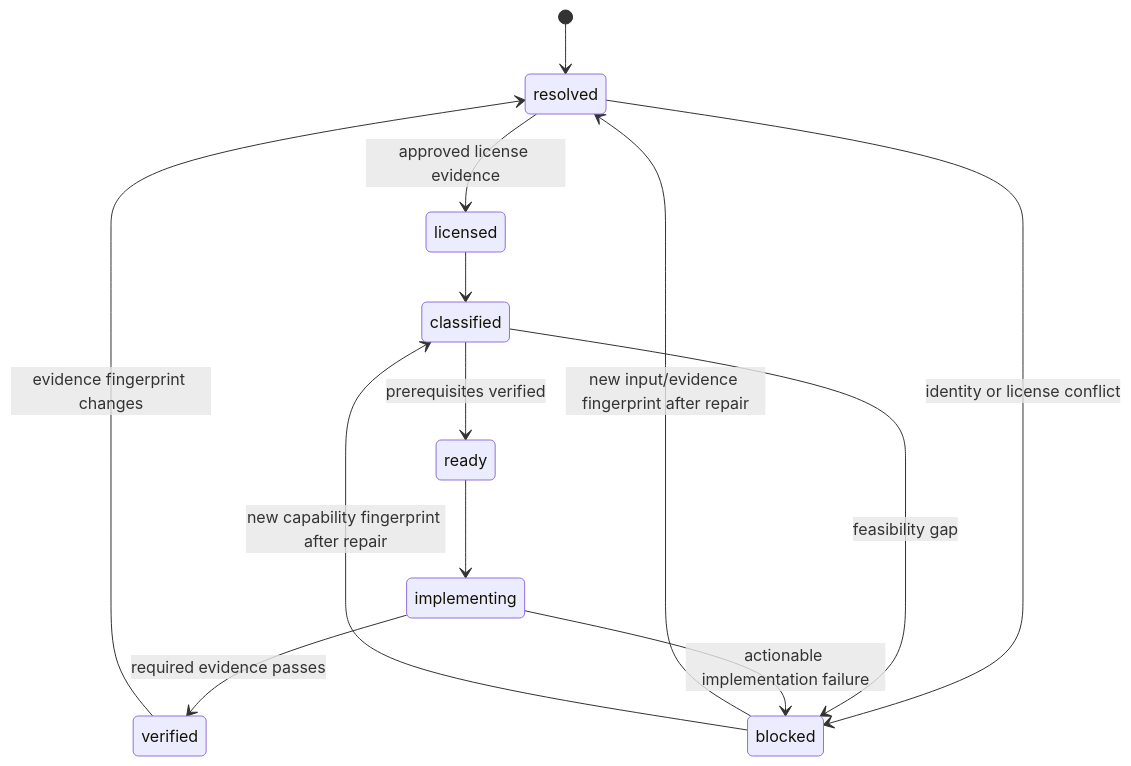
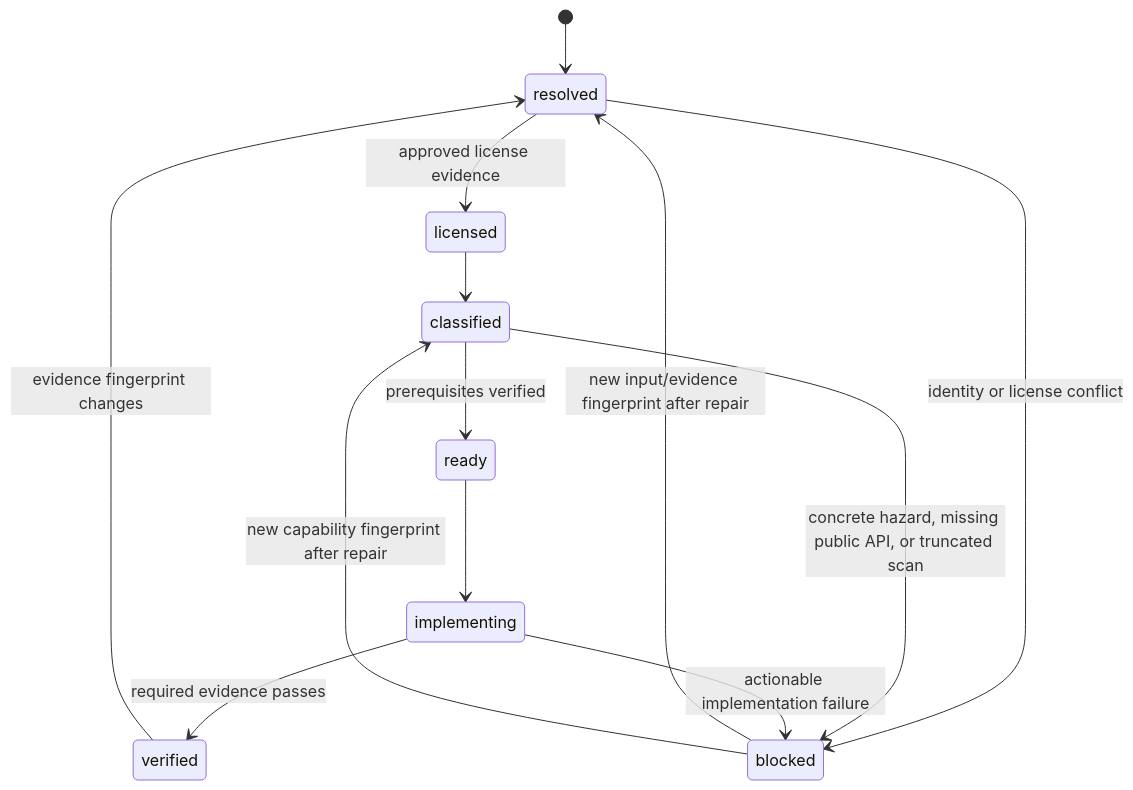
One commit to jonkwheeler/octane changed the second of 2 diagrams in docs/plans/2026-08-11-001-feat-octane-react-library-port-skill-plan.md. Above: the diagram before and after it, drawn with Mermaid. The commit also changed other lines of this file and 22 other files, not shown here.

````diff
--- a/docs/plans/2026-08-11-001-feat-octane-react-library-port-skill-plan.md
+++ b/docs/plans/2026-08-11-001-feat-octane-react-library-port-skill-plan.md
@@ -166,15 +167,15 @@
 ```mermaid
 stateDiagram-v2
   [*] --> resolved
   resolved --> licensed: approved license evidence
   resolved --> blocked: identity or license conflict
   licensed --> classified
   classified --> ready: prerequisites verified
-  classified --> blocked: feasibility gap
+  classified --> blocked: concrete hazard, missing public API, or truncated scan
   ready --> implementing
   implementing --> verified: required evidence passes
   implementing --> blocked: actionable implementation failure
   blocked --> resolved: new input/evidence fingerprint after repair
   blocked --> classified: new capability fingerprint after repair
   verified --> resolved: evidence fingerprint changes
 ```
````
